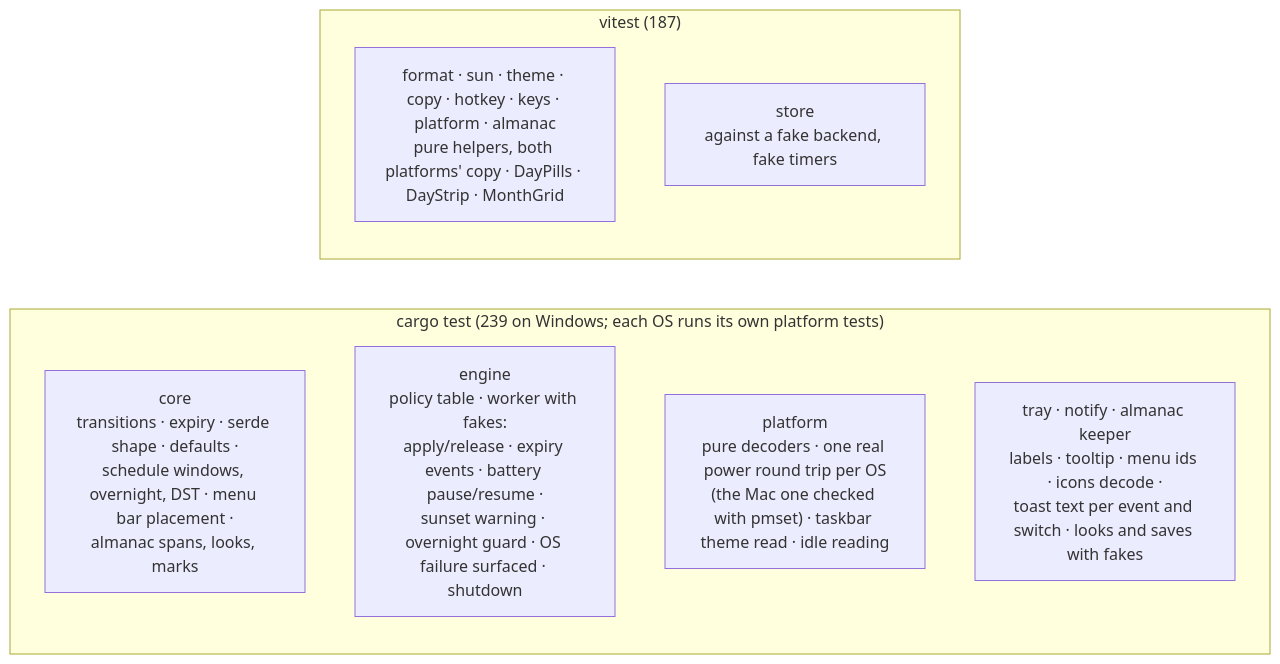
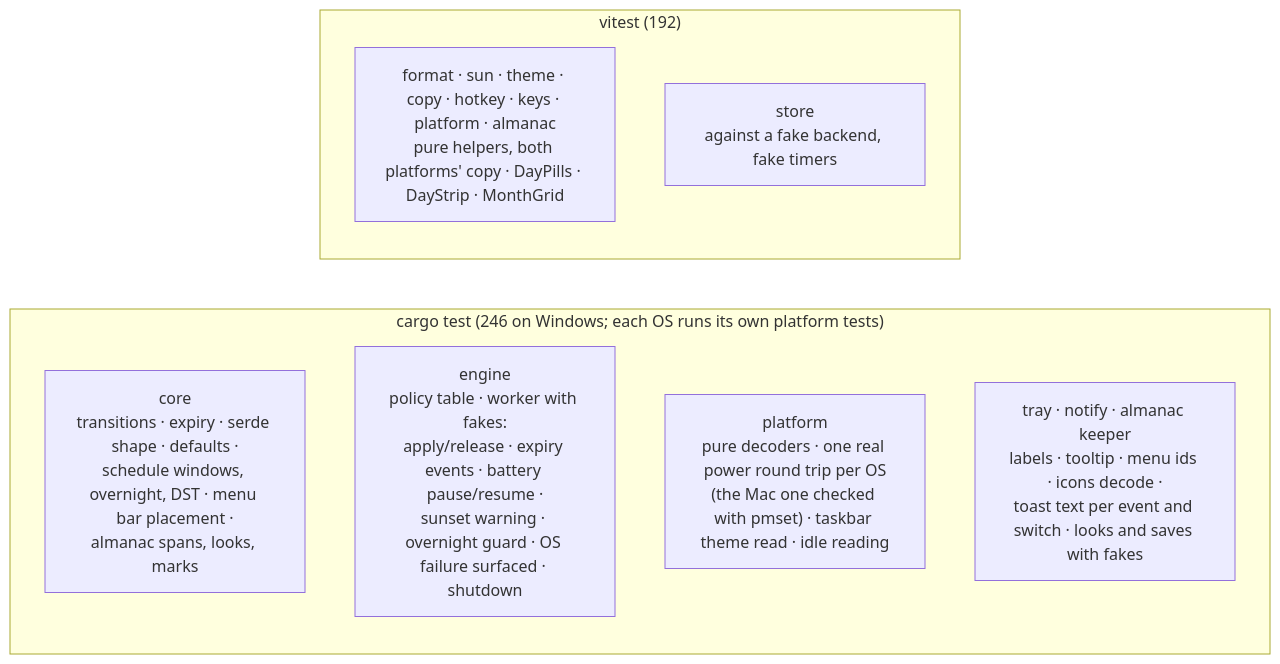
One commit to ax5hay/KeepMeAwake changed the fourth of 4 diagrams in docs/development.md. Above: the diagram before and after it, drawn with Mermaid. The commit also changed 20 other files, not shown here.

````diff
--- a/docs/development.md
+++ b/docs/development.md
@@ -182,13 +182,13 @@
 ```mermaid
 flowchart LR
-    subgraph rust["cargo test (239 on Windows; each OS runs its own platform tests)"]
+    subgraph rust["cargo test (246 on Windows; each OS runs its own platform tests)"]
         core_t["core<br/>transitions · expiry · serde shape · defaults ·<br/>schedule windows, overnight, DST · menu bar placement ·<br/>almanac spans, looks, marks"]
         engine_t["engine<br/>policy table · worker with fakes:<br/>apply/release · expiry events · battery pause/resume ·<br/>sunset warning · overnight guard · OS failure surfaced · shutdown"]
         platform_t["platform<br/>pure decoders · one real power round trip per OS<br/>(the Mac one checked with pmset) · taskbar theme read · idle reading"]
         tray_t["tray · notify · almanac keeper<br/>labels · tooltip · menu ids · icons decode ·<br/>toast text per event and switch · looks and saves with fakes"]
     end
-    subgraph ui["vitest (187)"]
+    subgraph ui["vitest (192)"]
         fmt["format · sun · theme · copy · hotkey · keys · platform · almanac<br/>pure helpers, both platforms' copy · DayPills · DayStrip · MonthGrid"]
         store_t["store<br/>against a fake backend, fake timers"]
     end
 ```
````
